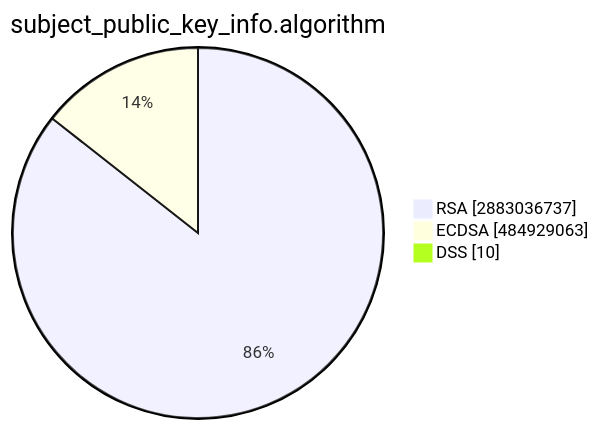
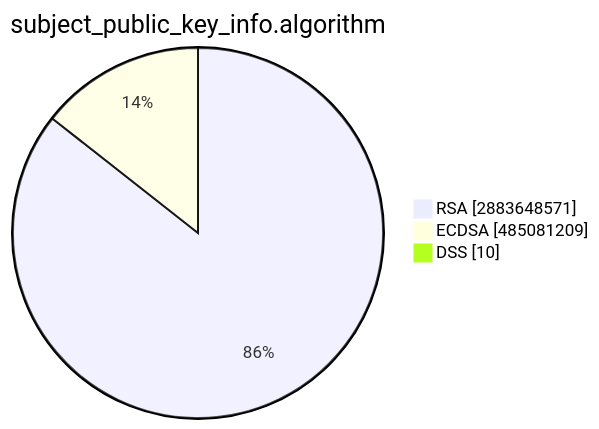
Before and after one commit to christiankrug/ctmonitor_visualization: the second of 15 diagrams in TOTAL/README.md, drawn with Mermaid. The commit also changed other lines of this file, not shown here.

````diff
--- a/TOTAL/README.md
+++ b/TOTAL/README.md
@@ -6,7 +6,7 @@
 ```mermaid
 pie showData
 title subject_public_key_info.algorithm
-"RSA" :2883036737
-"ECDSA" :484929063
+"RSA" :2883648571
+"ECDSA" :485081209
 "DSS" :10
 ```
````
